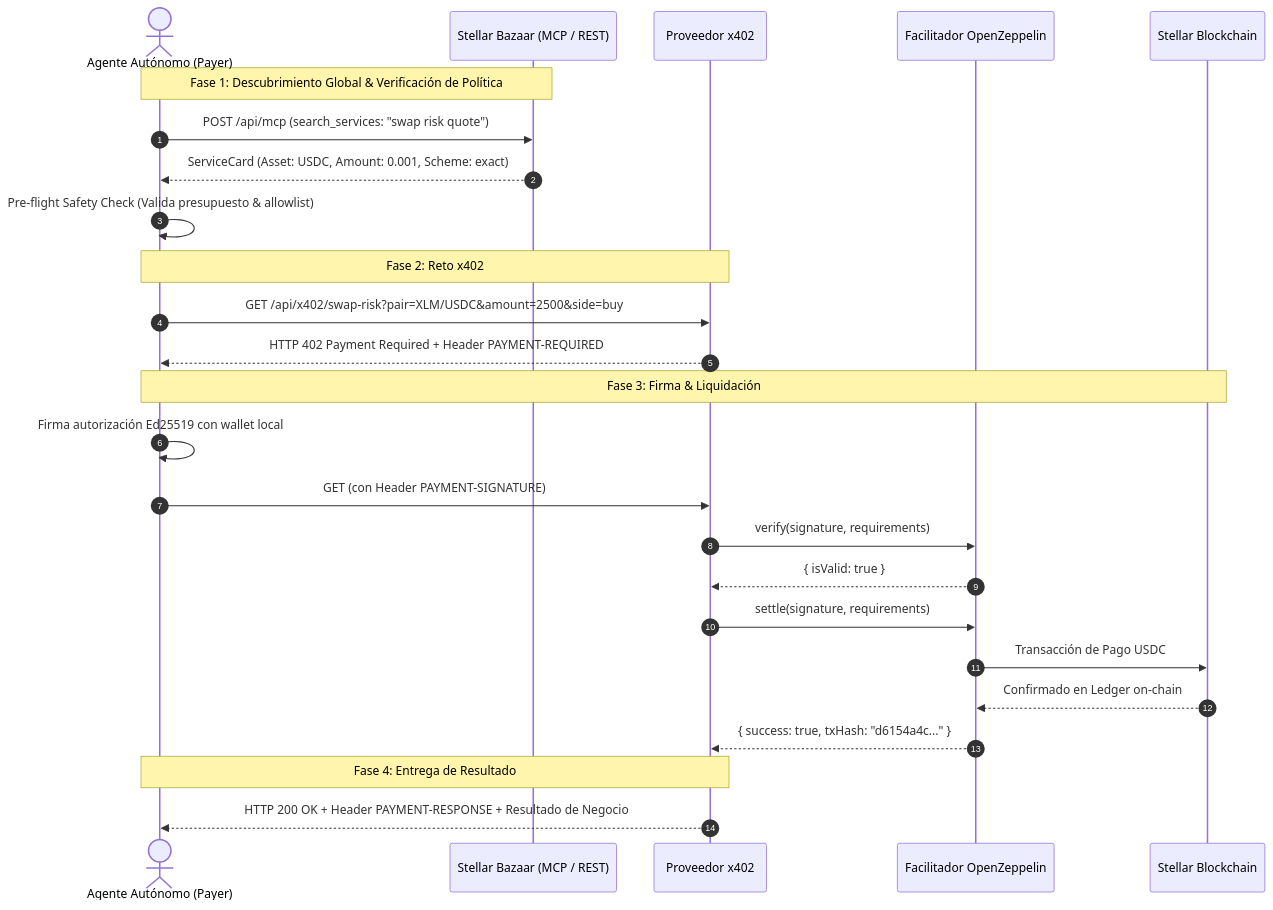
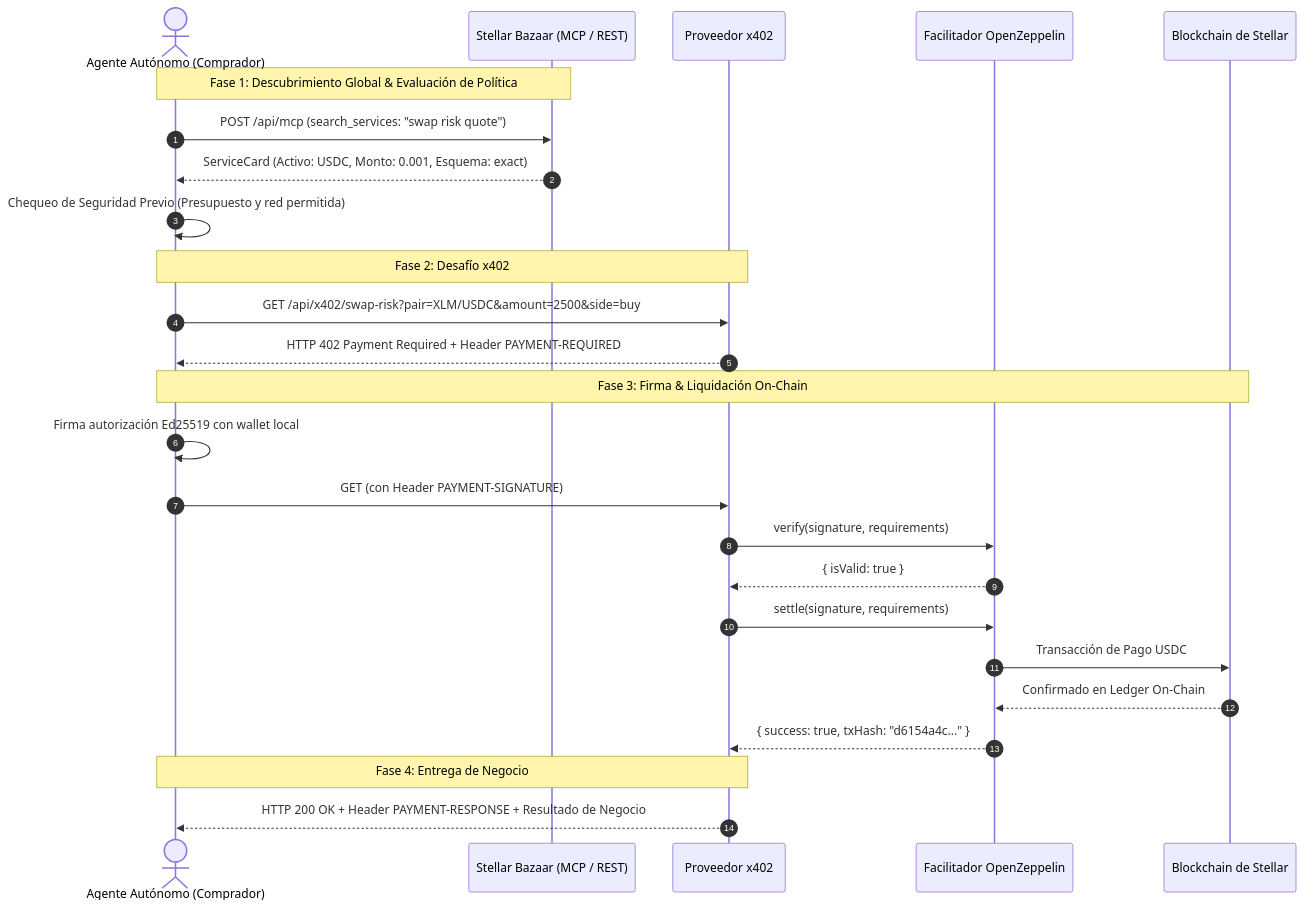
The second of 2 diagrams in README.es.md (CaBsCrypto/stellar-bazaar-x402), drawn with Mermaid before and after one commit. The commit also changed other lines of this file and 3 other files, not shown here.

Commit message:
docs: record 5th verified on-chain settlement (ledger 4220649, tx c7fa7d18) across READMEs and evidence docs

````diff
--- a/README.es.md
+++ b/README.es.md
@@ -101,31 +101,31 @@
 ```mermaid
 sequenceDiagram
     autonumber
-    actor Agent as Agente Autónomo (Payer)
+    actor Agent as Agente Autónomo (Comprador)
     participant Bazaar as Stellar Bazaar (MCP / REST)
     participant Provider as Proveedor x402
     participant Facilitator as Facilitador OpenZeppelin
-    participant Stellar as Stellar Blockchain
+    participant Stellar as Blockchain de Stellar
 
-    Note over Agent,Bazaar: Fase 1: Descubrimiento Global & Verificación de Política
+    Note over Agent,Bazaar: Fase 1: Descubrimiento Global & Evaluación de Política
     Agent->>Bazaar: POST /api/mcp (search_services: "swap risk quote")
-    Bazaar-->>Agent: ServiceCard (Asset: USDC, Amount: 0.001, Scheme: exact)
-    Agent->>Agent: Pre-flight Safety Check (Valida presupuesto & allowlist)
+    Bazaar-->>Agent: ServiceCard (Activo: USDC, Monto: 0.001, Esquema: exact)
+    Agent->>Agent: Chequeo de Seguridad Previo (Presupuesto y red permitida)
 
-    Note over Agent,Provider: Fase 2: Reto x402
+    Note over Agent,Provider: Fase 2: Desafío x402
     Agent->>Provider: GET /api/x402/swap-risk?pair=XLM/USDC&amount=2500&side=buy
     Provider-->>Agent: HTTP 402 Payment Required + Header PAYMENT-REQUIRED
 
-    Note over Agent,Stellar: Fase 3: Firma & Liquidación
+    Note over Agent,Stellar: Fase 3: Firma & Liquidación On-Chain
     Agent->>Agent: Firma autorización Ed25519 con wallet local
     Agent->>Provider: GET (con Header PAYMENT-SIGNATURE)
     Provider->>Facilitator: verify(signature, requirements)
     Facilitator-->>Provider: { isValid: true }
     Provider->>Facilitator: settle(signature, requirements)
     Facilitator->>Stellar: Transacción de Pago USDC
-    Stellar-->>Facilitator: Confirmado en Ledger on-chain
+    Stellar-->>Facilitator: Confirmado en Ledger On-Chain
     Facilitator-->>Provider: { success: true, txHash: "d6154a4c..." }
 
-    Note over Provider,Agent: Fase 4: Entrega de Resultado
+    Note over Provider,Agent: Fase 4: Entrega de Negocio
     Provider-->>Agent: HTTP 200 OK + Header PAYMENT-RESPONSE + Resultado de Negocio
 ```
````
